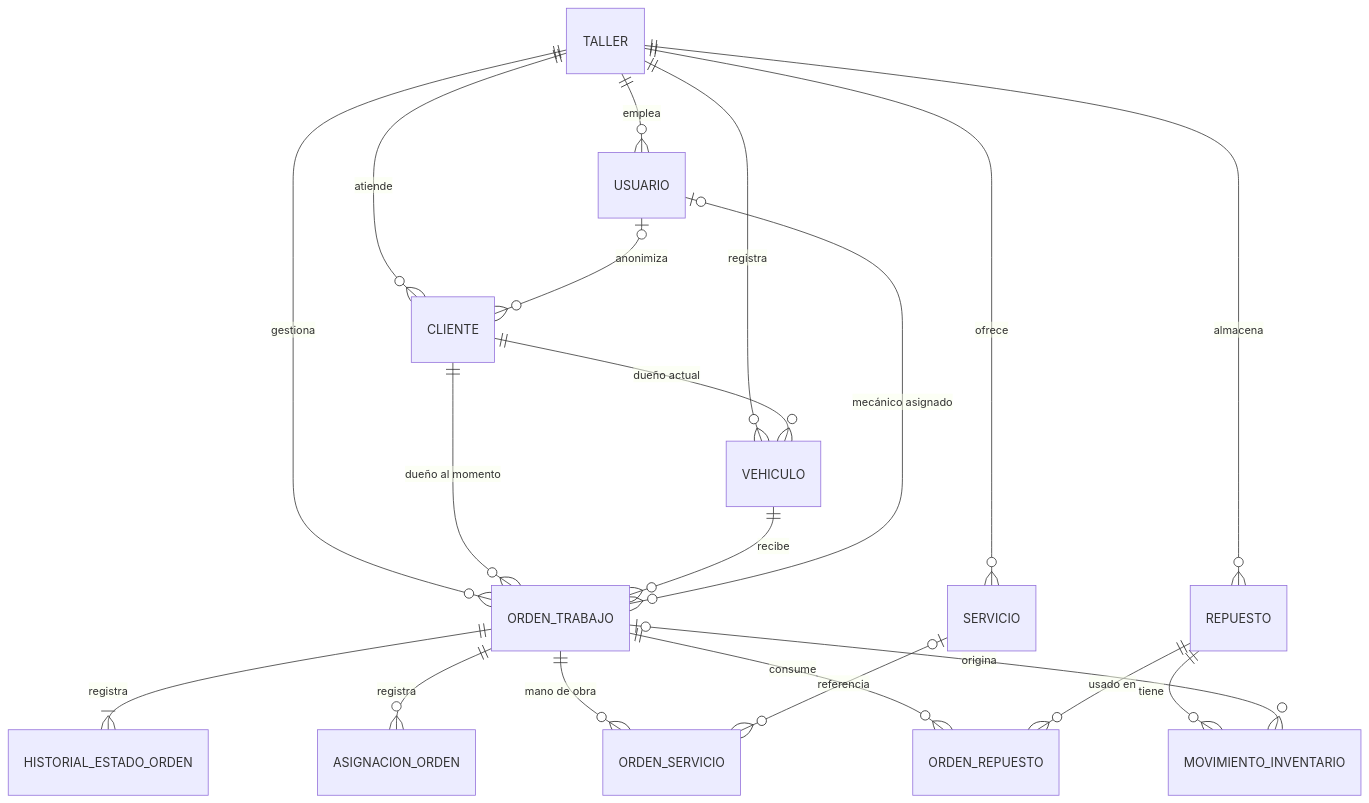
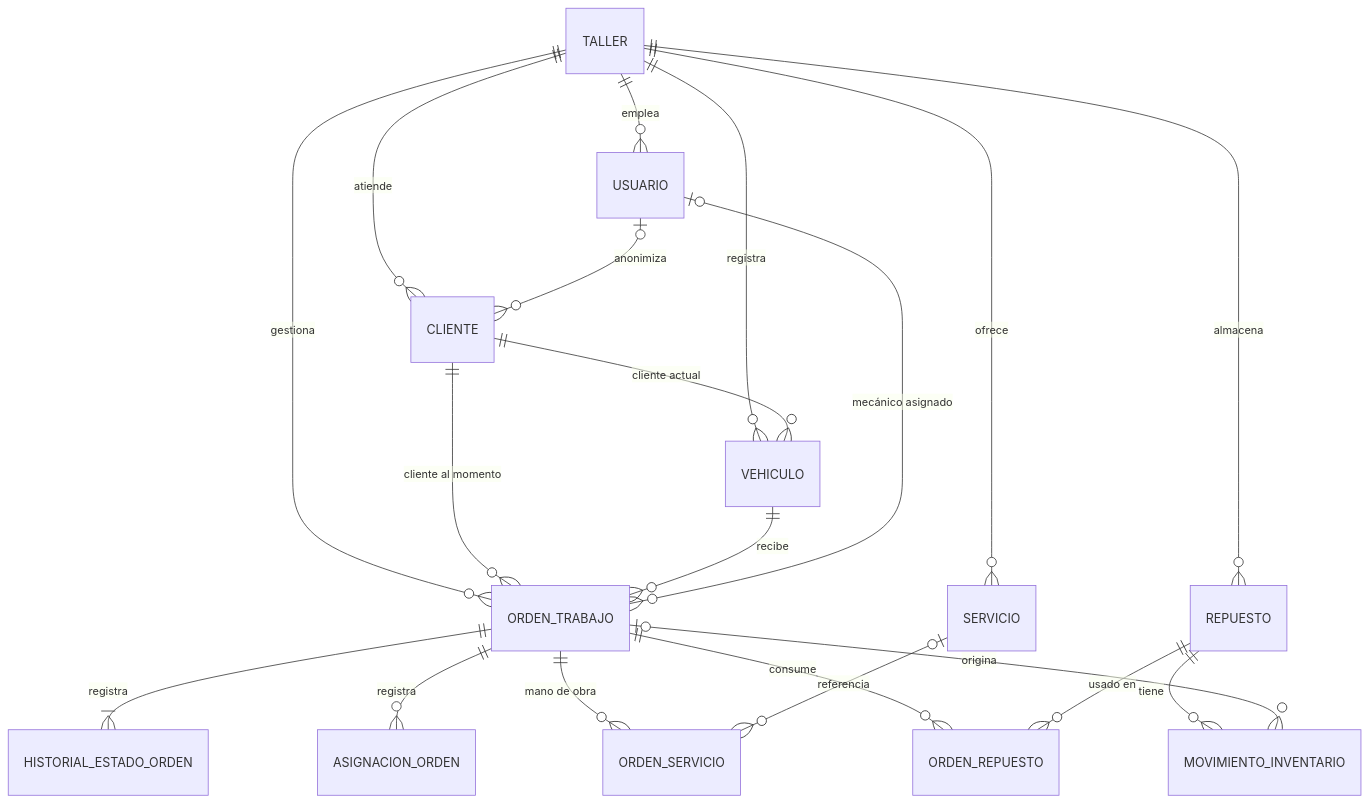
One commit to Johndark2001/Prototipo_Web_Para_Talleres_Mecanicos changed the second of 6 diagrams in docs/sustentacion/03-manual-tecnico.md. Above: the diagram before and after it, drawn with Mermaid. The commit also changed other lines of this file and 31 other files, not shown here.

````diff
--- a/docs/sustentacion/03-manual-tecnico.md
+++ b/docs/sustentacion/03-manual-tecnico.md
@@ -164,22 +176,22 @@
 ```mermaid
 erDiagram
     TALLER ||--o{ USUARIO : emplea
     TALLER ||--o{ CLIENTE : atiende
     TALLER ||--o{ VEHICULO : registra
     TALLER ||--o{ ORDEN_TRABAJO : gestiona
     TALLER ||--o{ REPUESTO : almacena
     TALLER ||--o{ SERVICIO : ofrece
-    CLIENTE ||--o{ VEHICULO : "dueño actual"
-    CLIENTE ||--o{ ORDEN_TRABAJO : "dueño al momento"
+    CLIENTE ||--o{ VEHICULO : "cliente actual"
+    CLIENTE ||--o{ ORDEN_TRABAJO : "cliente al momento"
     VEHICULO ||--o{ ORDEN_TRABAJO : recibe
     USUARIO |o--o{ ORDEN_TRABAJO : "mecánico asignado"
     USUARIO |o--o{ CLIENTE : anonimiza
     ORDEN_TRABAJO ||--|{ HISTORIAL_ESTADO_ORDEN : registra
     ORDEN_TRABAJO ||--o{ ASIGNACION_ORDEN : registra
     ORDEN_TRABAJO ||--o{ ORDEN_SERVICIO : "mano de obra"
     ORDEN_TRABAJO ||--o{ ORDEN_REPUESTO : consume
     SERVICIO |o--o{ ORDEN_SERVICIO : referencia
     REPUESTO ||--o{ ORDEN_REPUESTO : "usado en"
     REPUESTO ||--o{ MOVIMIENTO_INVENTARIO : tiene
     ORDEN_TRABAJO |o--o{ MOVIMIENTO_INVENTARIO : origina
 ```
````
